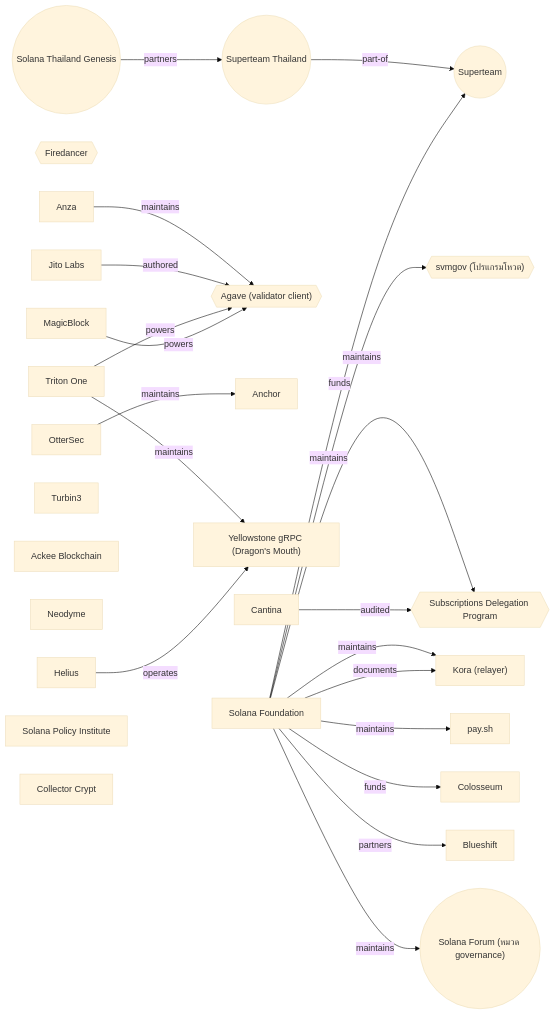
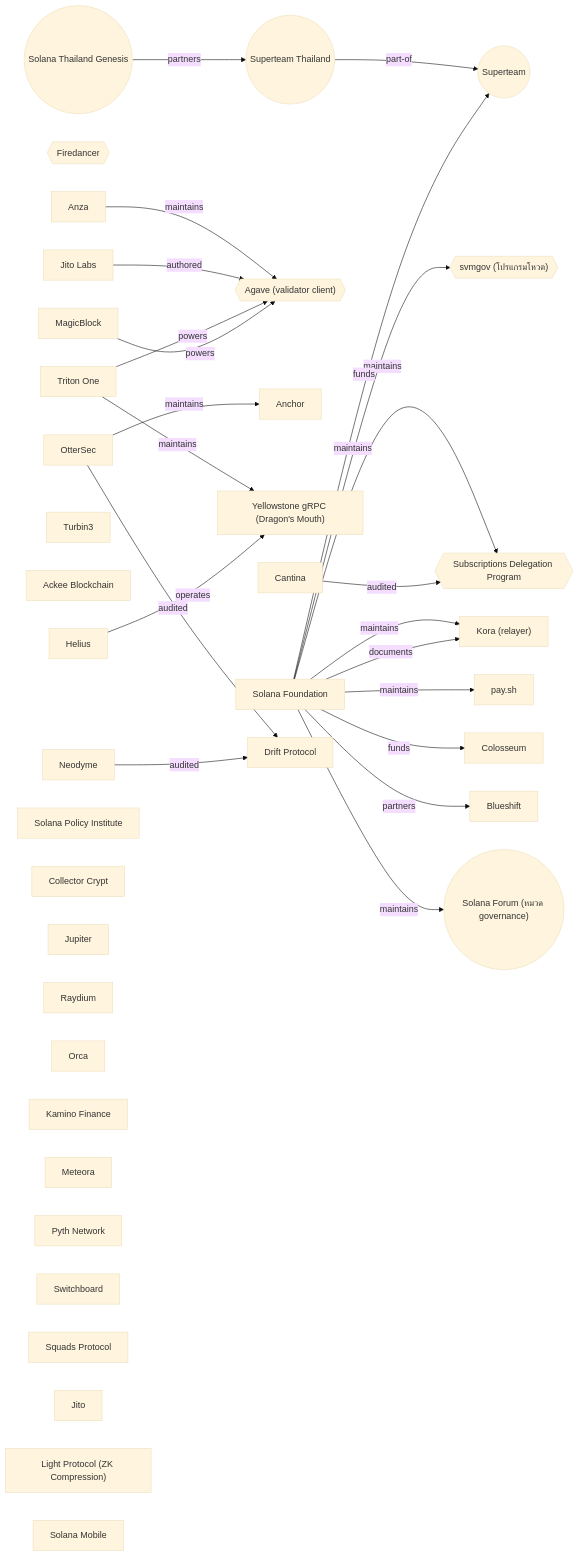
Before and after one commit to ozoneRatchapon/solana-learn: the diagram in GRAPH.md, drawn with Mermaid (base theme). The commit also changed other lines of this file and 1 other file, not shown here.

First line of the commit message:
feat(graph): add DeFi, oracle and mobile arms (39 entities)

````diff
--- a/GRAPH.md
+++ b/GRAPH.md
@@ -15,49 +15,63 @@
 ```mermaid
 graph LR
   solana-foundation["Solana Foundation"]
   anza["Anza"]
   agave{{"Agave (validator client)"}}
   firedancer{{"Firedancer"}}
   anchor["Anchor"]
   otter-sec["OtterSec"]
   helius["Helius"]
   triton-one["Triton One"]
   yellowstone-grpc["Yellowstone gRPC (Dragon's Mouth)"]
   magicblock["MagicBlock"]
   svmgov{{"svmgov (โปรแกรมโหวต)"}}
   jito-labs["Jito Labs"]
   kora["Kora (relayer)"]
   pay-sh["pay.sh"]
   subscriptions{{"Subscriptions Delegation Program"}}
   cantina["Cantina"]
   blueshift["Blueshift"]
   turbin3["Turbin3"]
   ackee["Ackee Blockchain"]
   neodyme["Neodyme"]
   colosseum["Colosseum"]
   superteam(("Superteam"))
   superteam-thailand(("Superteam Thailand"))
   solana-thailand-genesis(("Solana Thailand Genesis"))
   solana-forum(("Solana Forum (หมวด governance)"))
   solana-policy-institute["Solana Policy Institute"]
   collector-crypt["Collector Crypt"]
+  jupiter["Jupiter"]
+  raydium["Raydium"]
+  orca["Orca"]
+  kamino["Kamino Finance"]
+  drift["Drift Protocol"]
+  meteora["Meteora"]
+  pyth["Pyth Network"]
+  switchboard["Switchboard"]
+  squads["Squads Protocol"]
+  jito["Jito"]
+  light-protocol["Light Protocol (ZK Compression)"]
+  solana-mobile["Solana Mobile"]
   anza -->|maintains| agave
   otter-sec -->|maintains| anchor
   solana-foundation -->|maintains| svmgov
   solana-foundation -->|maintains| subscriptions
   solana-foundation -->|maintains| kora
   solana-foundation -->|maintains| pay-sh
   cantina -->|audited| subscriptions
   jito-labs -->|authored| agave
   triton-one -->|maintains| yellowstone-grpc
   triton-one -->|powers| agave
   helius -->|operates| yellowstone-grpc
   superteam-thailand -->|part-of| superteam
   solana-foundation -->|funds| colosseum
   solana-foundation -->|funds| superteam
   solana-foundation -->|partners| blueshift
   solana-foundation -->|documents| kora
   solana-thailand-genesis -->|partners| superteam-thailand
   magicblock -->|powers| agave
   solana-foundation -->|maintains| solana-forum
+  otter-sec -->|audited| drift
+  neodyme -->|audited| drift
 ```
````
